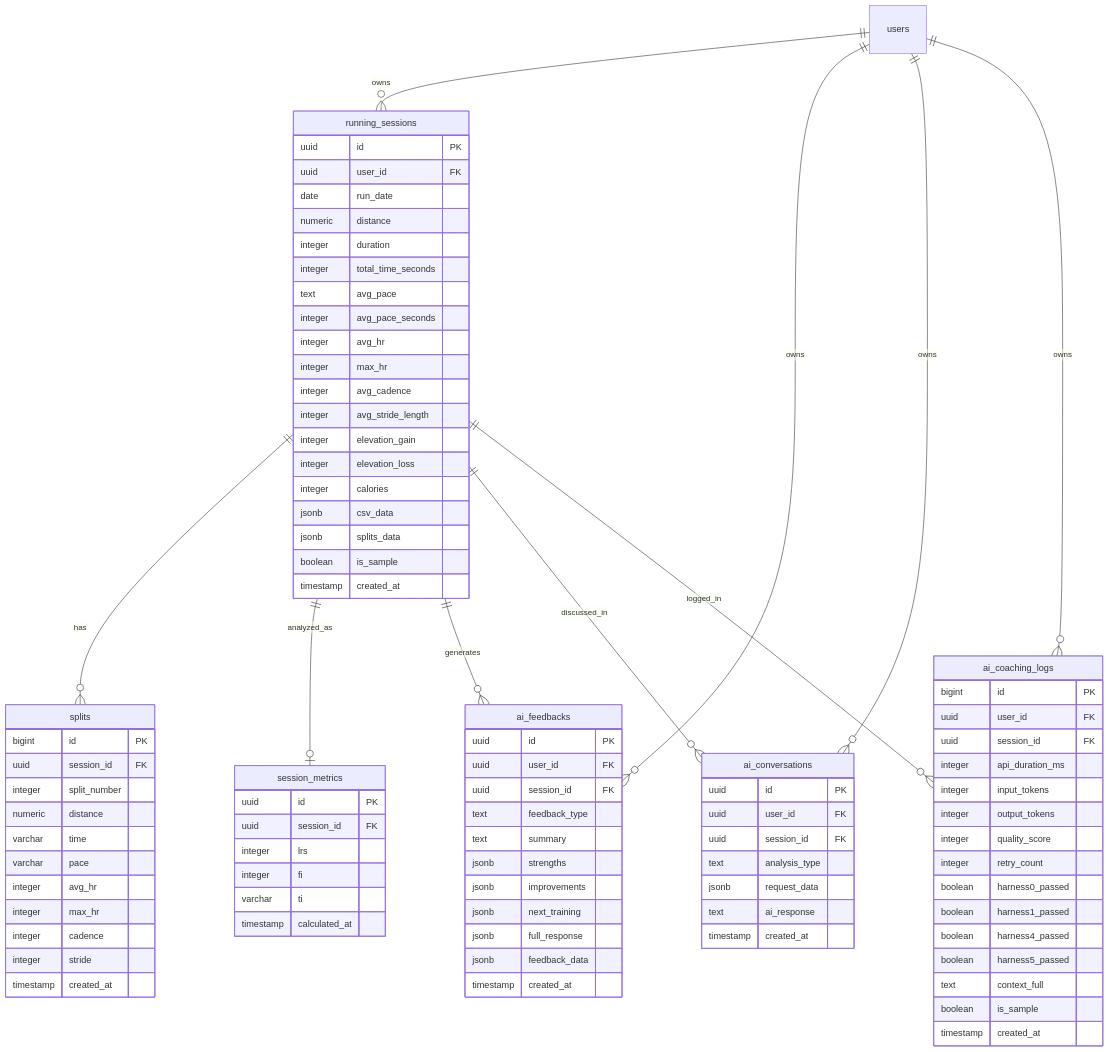
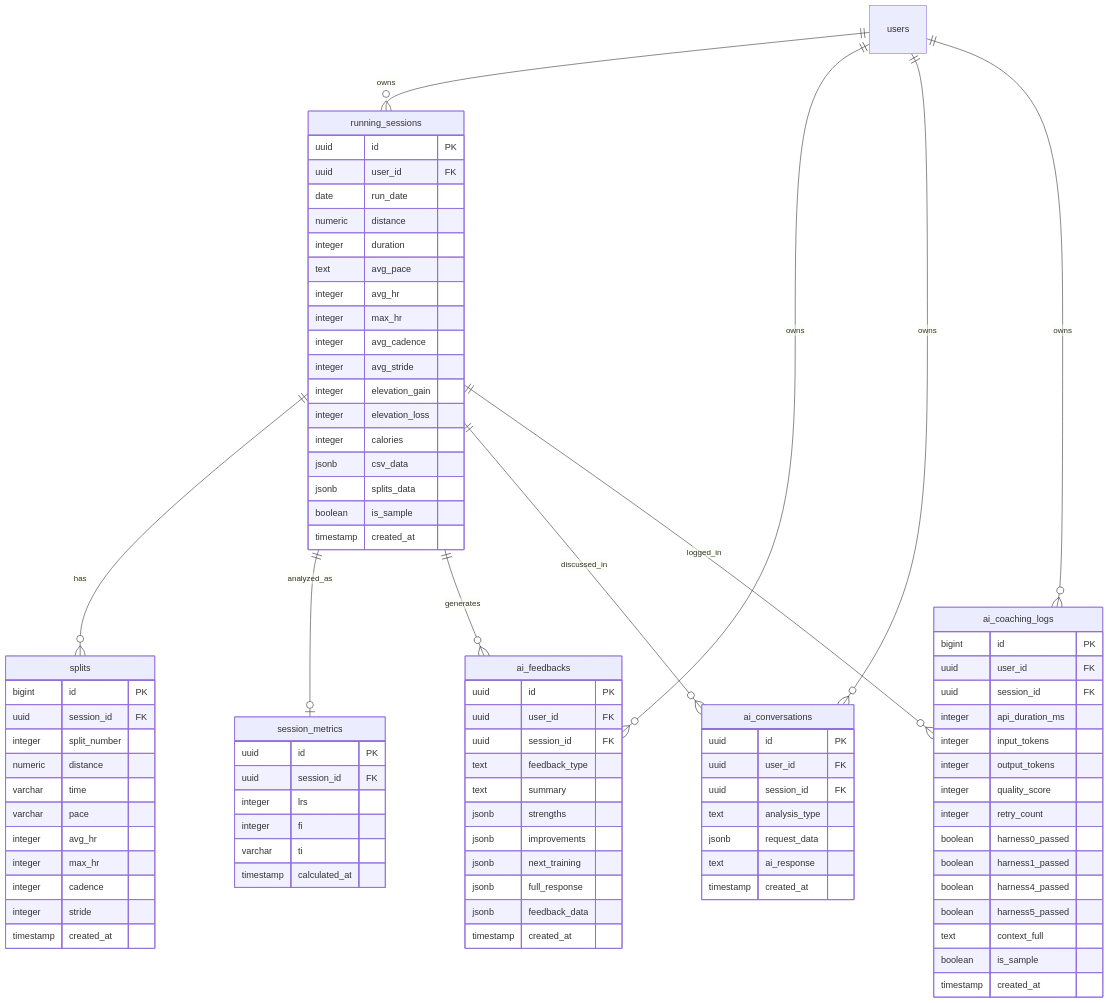
One commit to jasoonbaek/arcc changed the diagram in docs/ERD.md. Above: the diagram before and after it, drawn with Mermaid. The commit also changed other lines of this file and 1 other file, not shown here.

First line of the commit message:
feat(phase3-7): complete schema cleanup and RLS optimization (11/11)

```diff
--- a/docs/ERD.md
+++ b/docs/ERD.md
@@ -28,13 +29,11 @@
         date run_date
         numeric distance
         integer duration
-        integer total_time_seconds
         text avg_pace
-        integer avg_pace_seconds
         integer avg_hr
         integer max_hr
         integer avg_cadence
-        integer avg_stride_length
+        integer avg_stride
         integer elevation_gain
         integer elevation_loss
         integer calories
```
